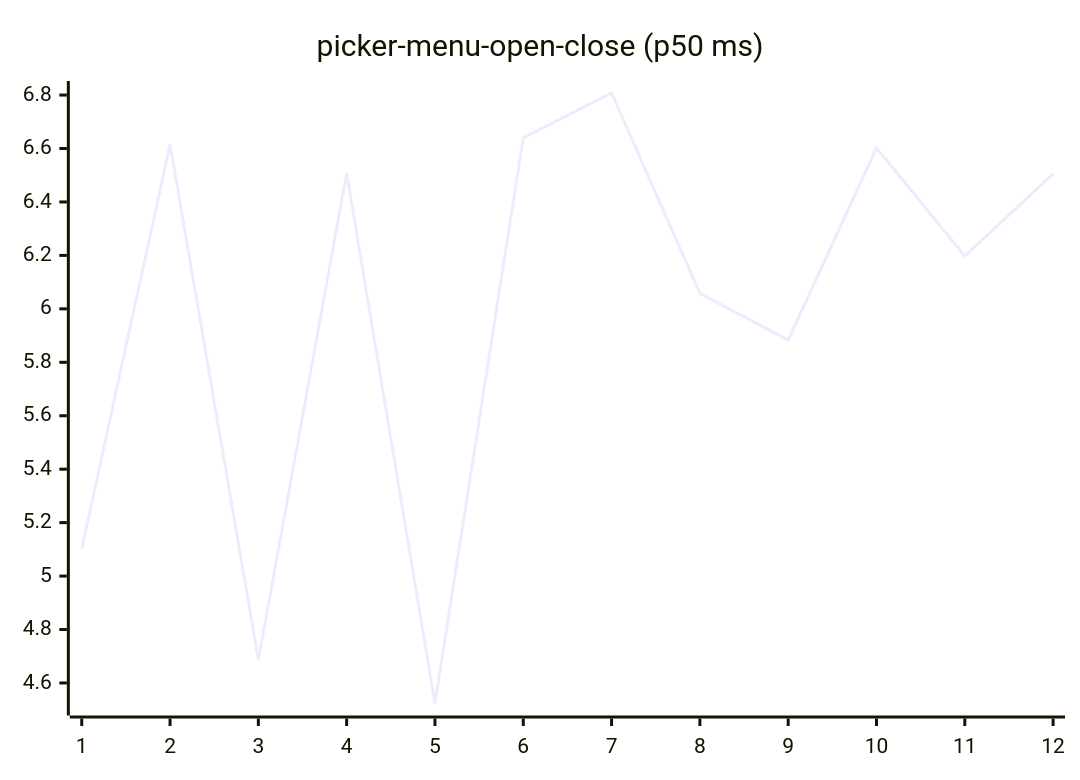
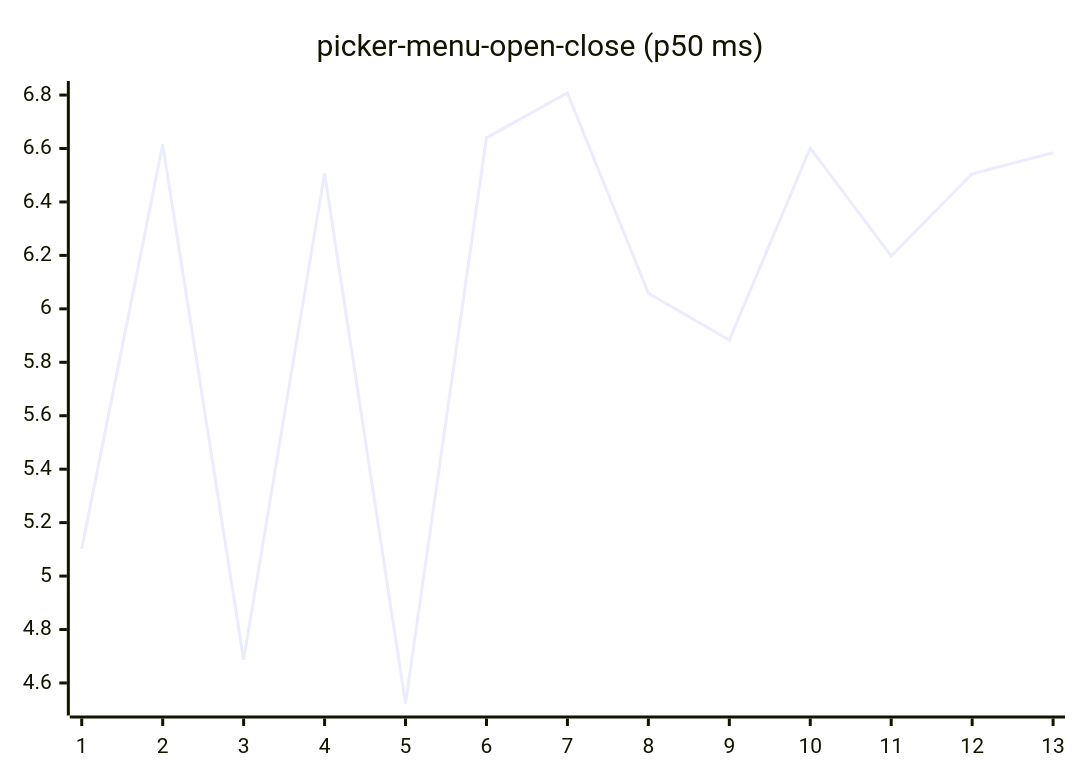
Diagram 16 of 27 in README.md (josha/Facet), drawn with Mermaid before and after one commit. The commit also changed other lines of this file and 2 other files, not shown here.

````diff
--- a/README.md
+++ b/README.md
@@ -168,6 +168,6 @@
 ```mermaid
 xychart-beta
     title "picker-menu-open-close (p50 ms)"
-    x-axis 1 --> 12
-    line [5.1020, 6.6154, 4.6873, 6.5076, 4.5232, 6.6400, 6.8077, 6.0581, 5.8829, 6.6018, 6.1978, 6.5053]
+    x-axis 1 --> 13
+    line [5.1020, 6.6154, 4.6873, 6.5076, 4.5232, 6.6400, 6.8077, 6.0581, 5.8829, 6.6018, 6.1978, 6.5053, 6.5840]
 ```
````
